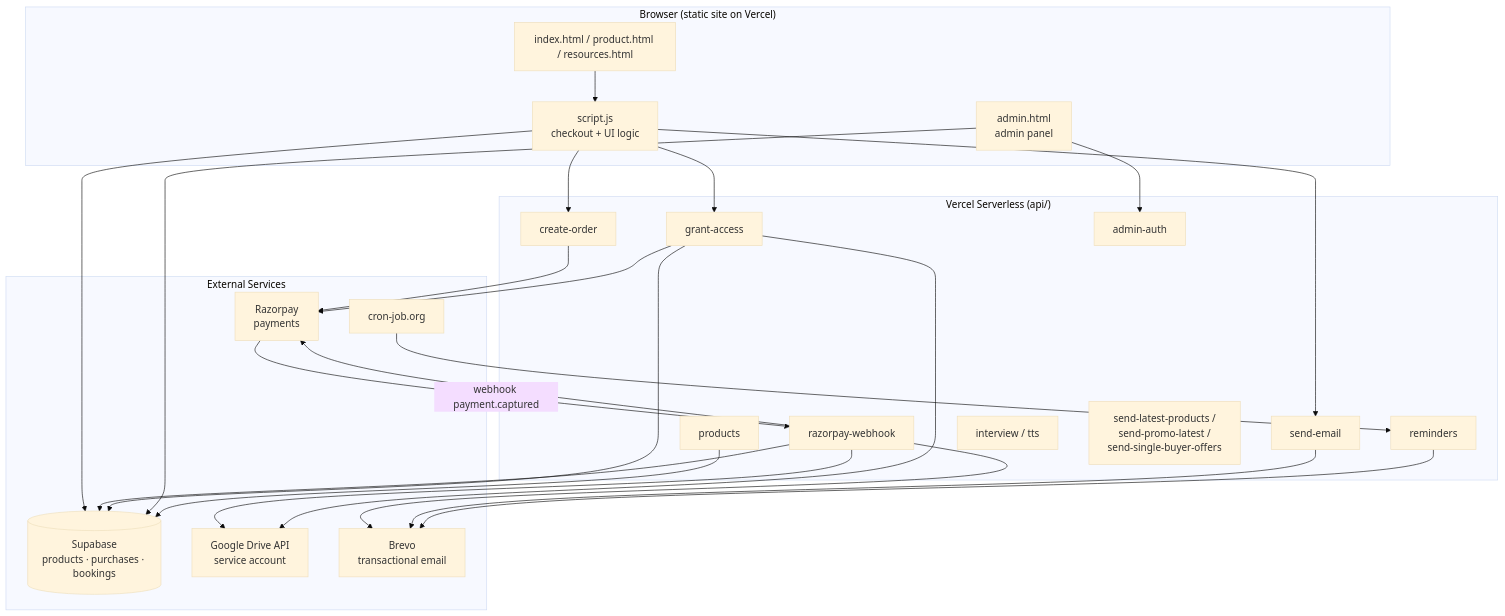
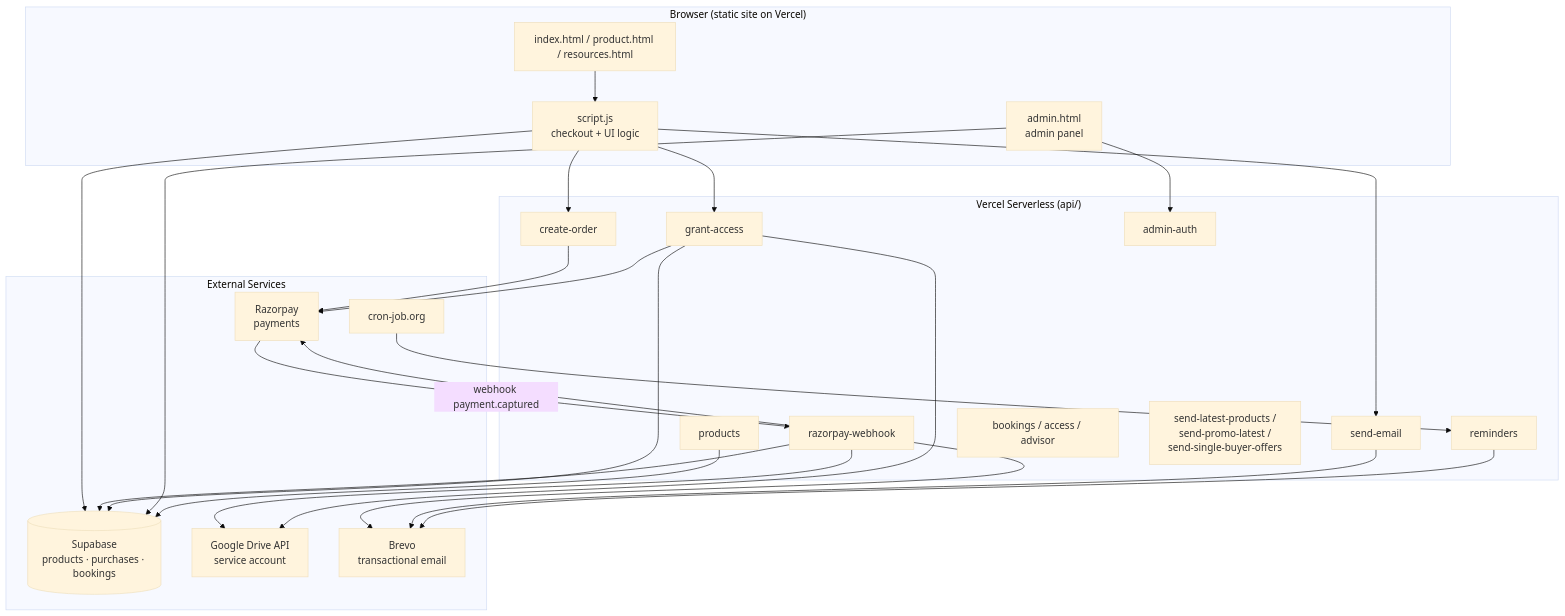
The first of 3 diagrams in ARCHITECTURE.md (AIM-IT4/desk2quant), drawn with Mermaid (base theme) before and after one commit. The commit also changed 25 other files, not shown here.

````diff
--- a/ARCHITECTURE.md
+++ b/ARCHITECTURE.md
@@ -5,46 +5,46 @@
 ```mermaid
 graph TB
     subgraph Client["Browser (static site on Vercel)"]
         IDX[index.html / product.html / resources.html]
         SJS[script.js<br/>checkout + UI logic]
         ADM[admin.html<br/>admin panel]
     end
 
     subgraph Vercel["Vercel Serverless (api/)"]
         CO[create-order]
         WH[razorpay-webhook]
         GA[grant-access]
         SE[send-email]
         AA[admin-auth]
         PR[products]
         RM[reminders]
-        INT[interview / tts]
+        INT[bookings / access / advisor]
         PROMO[send-latest-products /<br/>send-promo-latest /<br/>send-single-buyer-offers]
     end
 
     subgraph External["External Services"]
         RZP[Razorpay<br/>payments]
         SB[(Supabase<br/>products · purchases · bookings)]
         DRV[Google Drive API<br/>service account]
         BRV[Brevo<br/>transactional email]
         CRON[cron-job.org]
     end
 
     IDX --> SJS
     SJS --> CO --> RZP
     SJS --> GA
     SJS --> SB
     RZP -- webhook payment.captured --> WH
     WH --> RZP
     WH --> SB
     WH --> DRV
     WH --> BRV
     GA --> RZP
     GA --> SB
     GA --> DRV
     SJS --> SE --> BRV
     ADM --> AA
     ADM --> SB
     CRON --> RM --> BRV
     PR --> SB
 ```
````
